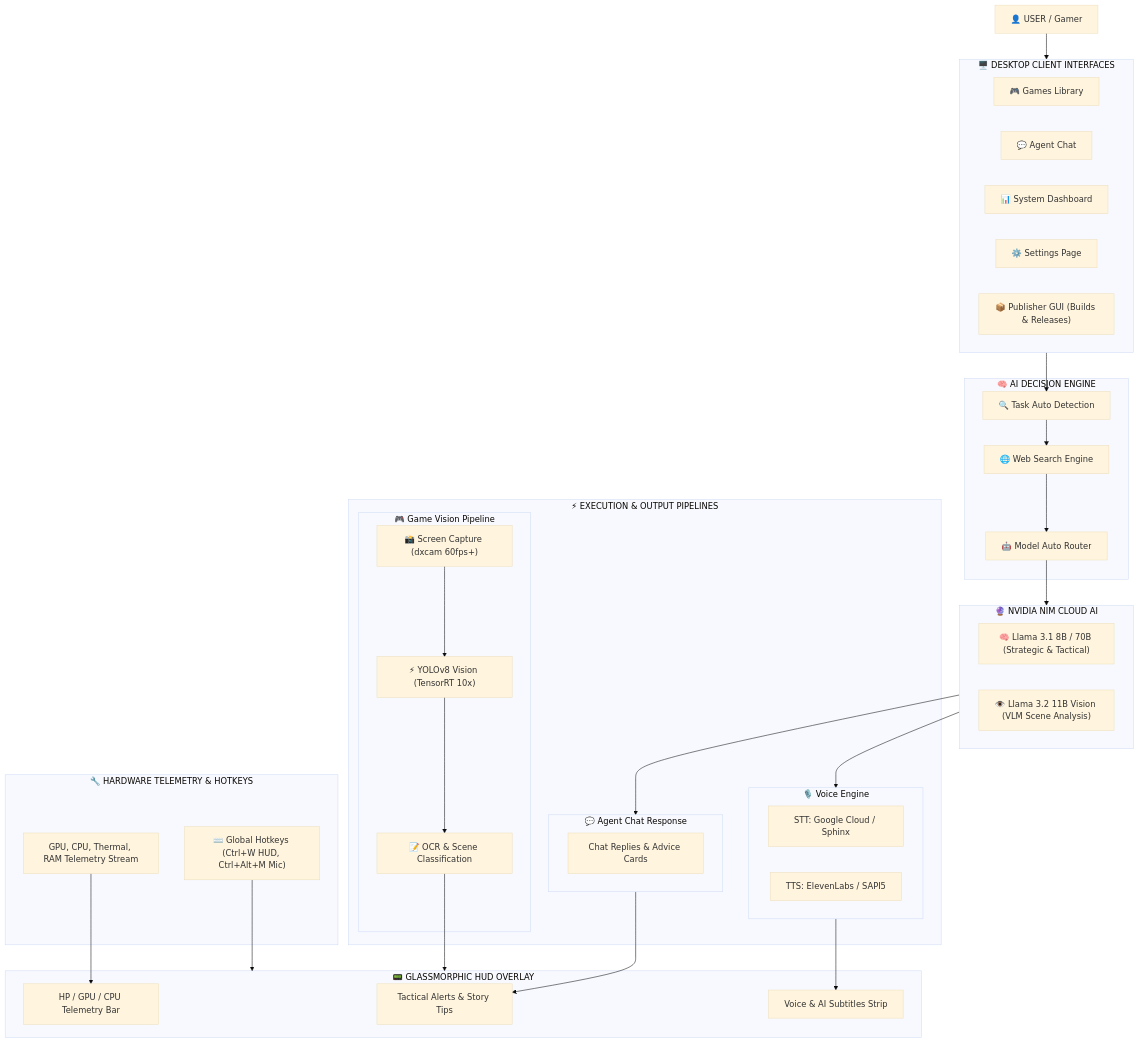
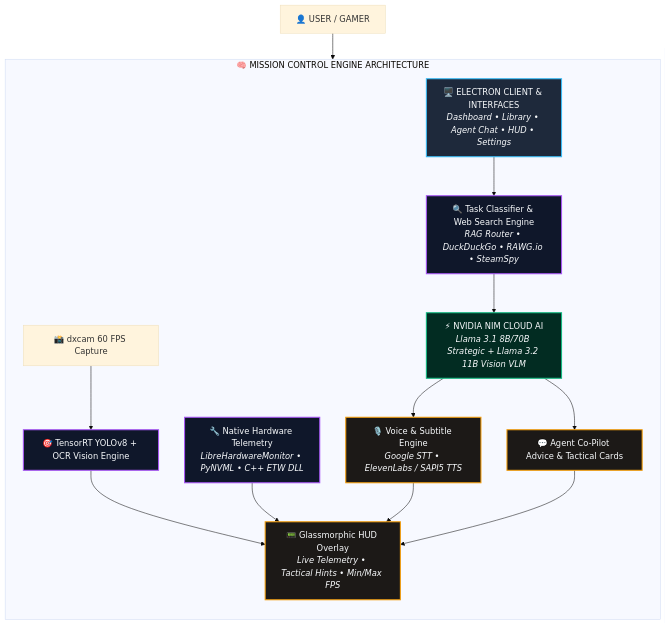
The diagram in Gaming/readme.md (arnab825/Mission-Control), drawn with Mermaid (base theme) before and after one commit. The commit also changed 1 other file, not shown here.

Commit message:
Update the readme files

````diff
--- a/Gaming/readme.md
+++ b/Gaming/readme.md
@@ -134,67 +134,31 @@
 ```mermaid
-flowchart TD
-    User["👤 USER / Gamer"]
+graph TD
+    classDef client fill:#1e293b,stroke:#38bdf8,stroke-width:2px,color:#f8fafc;
+    classDef ai fill:#0f172a,stroke:#a855f7,stroke-width:2px,color:#f8fafc;
+    classDef cloud fill:#022c22,stroke:#10b981,stroke-width:2px,color:#f8fafc;
+    classDef output fill:#1c1917,stroke:#f59e0b,stroke-width:2px,color:#f8fafc;
 
-    subgraph UI ["🖥️ DESKTOP CLIENT INTERFACES"]
-        GamesLib["🎮 Games Library"]
-        AgentChatUI["💬 Agent Chat"]
-        SysDash["📊 System Dashboard"]
-        SettingsPage["⚙️ Settings Page"]
-        PublisherGUI["📦 Publisher GUI (Builds & Releases)"]
+    User["👤 USER / GAMER"] --> UI["🖥️ ELECTRON CLIENT & INTERFACES<br/><i>Dashboard • Library • Agent Chat • HUD • Settings</i>"]:::client
+
+    subgraph ENGINE ["🧠 MISSION CONTROL ENGINE ARCHITECTURE"]
+        direction TB
+
+        UI --> Router["🔍 Task Classifier & Web Search Engine<br/><i>RAG Router • DuckDuckGo • RAWG.io • SteamSpy</i>"]:::ai
+        Router --> NIM["⚡ NVIDIA NIM CLOUD AI<br/><i>Llama 3.1 8B/70B Strategic + Llama 3.2 11B Vision VLM</i>"]:::cloud
+
+        NIM --> Voice["🎙️ Voice & Subtitle Engine<br/><i>Google STT • ElevenLabs / SAPI5 TTS</i>"]:::output
+        NIM --> Advice["💬 Agent Co-Pilot Advice & Tactical Cards"]:::output
+
+        FrameCap["📸 dxcam 60 FPS Capture"] --> YOLO["🎯 TensorRT YOLOv8 + OCR Vision Engine"]:::ai
+        YOLO --> HUD["📟 Glassmorphic HUD Overlay<br/><i>Live Telemetry • Tactical Hints • Min/Max FPS</i>"]:::output
+        
+        HW["🔧 Native Hardware Telemetry<br/><i>LibreHardwareMonitor • PyNVML • C++ ETW DLL</i>"]:::ai --> HUD
+        Voice --> HUD
+        Advice --> HUD
     end
 
-    subgraph Brain ["🧠 AI DECISION ENGINE"]
-        TaskDetect["🔍 Task Auto Detection"]
-        WebSearch["🌐 Web Search Engine"]
-        ModelRouter["🤖 Model Auto Router"]
-    end
-
-    subgraph CloudAI ["🔮 NVIDIA NIM CLOUD AI"]
-        StrategicModel["🧠 Llama 3.1 8B / 70B (Strategic & Tactical)"]
-        VisionModel["👁️ Llama 3.2 11B Vision (VLM Scene Analysis)"]
-    end
-
-    subgraph OutputPipes ["⚡ EXECUTION & OUTPUT PIPELINES"]
-        subgraph VoiceEng ["🎙️ Voice Engine"]
-            STT["STT: Google Cloud / Sphinx"]
-            TTS["TTS: ElevenLabs / SAPI5"]
-        end
-
-        subgraph AgentChatOut ["💬 Agent Chat Response"]
-            ChatReplies["Chat Replies & Advice Cards"]
-        end
-
-        subgraph VisionPipeline ["🎮 Game Vision Pipeline"]
-            Capture["📸 Screen Capture (dxcam 60fps+)"]
-            YOLO["⚡ YOLOv8 Vision (TensorRT 10x)"]
-            OCR["📝 OCR & Scene Classification"]
-        end
-    end
-
-    subgraph HUD ["📟 GLASSMORPHIC HUD OVERLAY"]
-        Alerts["Tactical Alerts & Story Tips"]
-        Bars["HP / GPU / CPU Telemetry Bar"]
-        Subtitles["Voice & AI Subtitles Strip"]
-    end
-
-    subgraph HW ["🔧 HARDWARE TELEMETRY & HOTKEYS"]
-        Tele["GPU, CPU, Thermal, RAM Telemetry Stream"]
-        Hotkeys["⌨️ Global Hotkeys (Ctrl+W HUD, Ctrl+Alt+M Mic)"]
-    end
-
-    User --> UI
-    UI --> TaskDetect
-    TaskDetect --> WebSearch
-    WebSearch --> ModelRouter
-    ModelRouter --> CloudAI
-    CloudAI --> VoiceEng
-    CloudAI --> AgentChatOut
-    
-    Capture --> YOLO
-    YOLO --> OCR
-    OCR --> HUD
-    VoiceEng --> Subtitles
-    AgentChatOut --> Alerts
-    Tele --> Bars
-    Hotkeys --> HUD
+    class UI client;
+    class Router,YOLO,HW ai;
+    class NIM cloud;
+    class Voice,Advice,HUD output;
 ```
````
